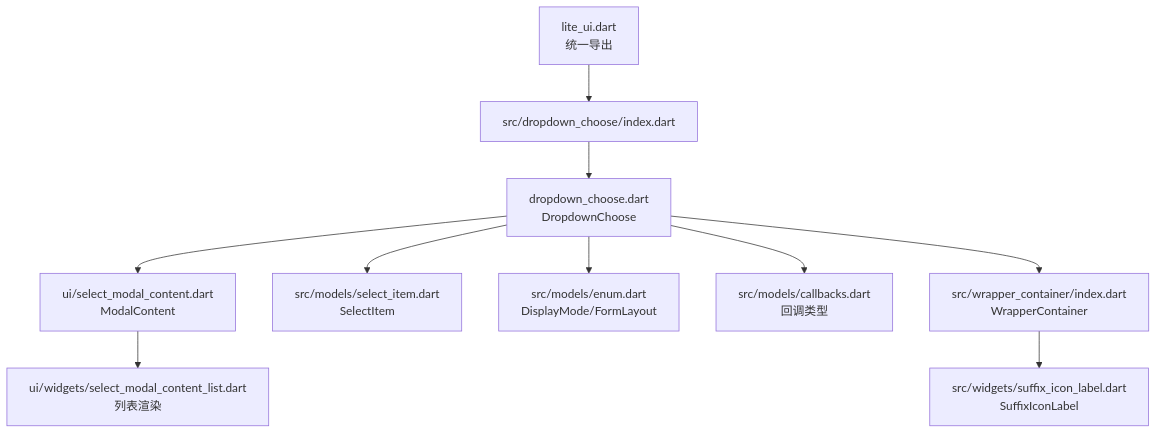
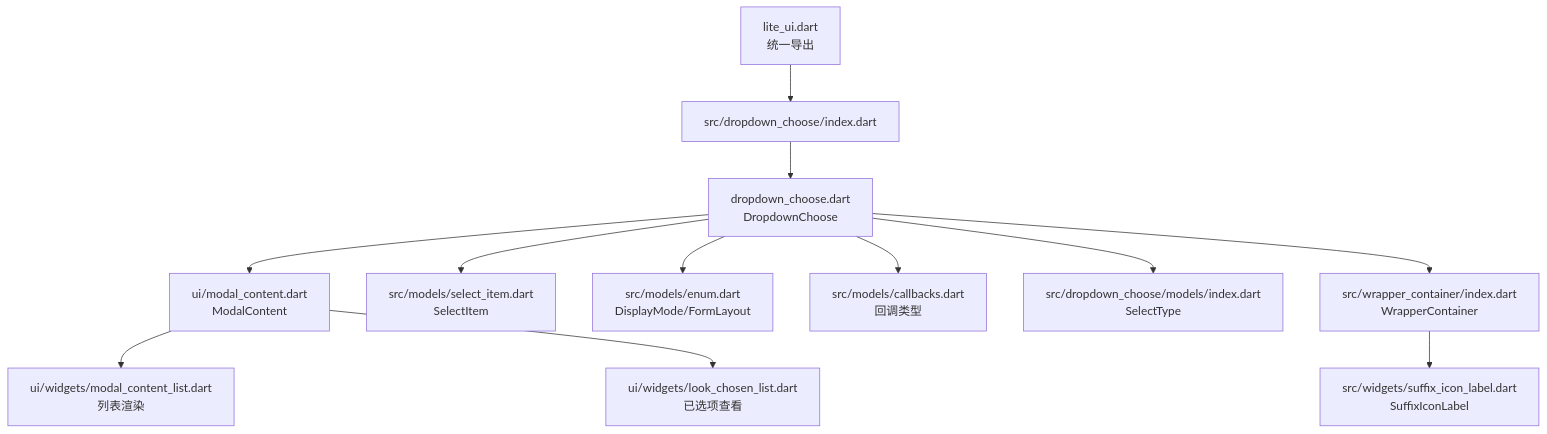
The first of 6 diagrams in .qoder/repowiki/zh/content/高级组件/下拉选择器.md (yuzhido/lite-ui), drawn with Mermaid before and after one commit. The commit also changed other lines of this file and 25 other files, not shown here.

````diff
--- a/.qoder/repowiki/zh/content/高级组件/下拉选择器.md
+++ b/.qoder/repowiki/zh/content/高级组件/下拉选择器.md
@@ -58,12 +52,14 @@
 ```mermaid
 graph TB
 A["lite_ui.dart<br/>统一导出"] --> B["src/dropdown_choose/index.dart"]
 B --> C["dropdown_choose.dart<br/>DropdownChoose"]
-C --> D["ui/select_modal_content.dart<br/>ModalContent"]
-D --> E["ui/widgets/select_modal_content_list.dart<br/>列表渲染"]
-C --> F["src/models/select_item.dart<br/>SelectItem"]
-C --> G["src/models/enum.dart<br/>DisplayMode/FormLayout"]
-C --> H["src/models/callbacks.dart<br/>回调类型"]
-C --> I["src/wrapper_container/index.dart<br/>WrapperContainer"]
-I --> J["src/widgets/suffix_icon_label.dart<br/>SuffixIconLabel"]
+C --> D["ui/modal_content.dart<br/>ModalContent"]
+D --> E["ui/widgets/modal_content_list.dart<br/>列表渲染"]
+D --> F["ui/widgets/look_chosen_list.dart<br/>已选项查看"]
+C --> G["src/models/select_item.dart<br/>SelectItem"]
+C --> H["src/models/enum.dart<br/>DisplayMode/FormLayout"]
+C --> I["src/models/callbacks.dart<br/>回调类型"]
+C --> J["src/dropdown_choose/models/index.dart<br/>SelectType"]
+C --> K["src/wrapper_container/index.dart<br/>WrapperContainer"]
+K --> L["src/widgets/suffix_icon_label.dart<br/>SuffixIconLabel"]
 ```
````
